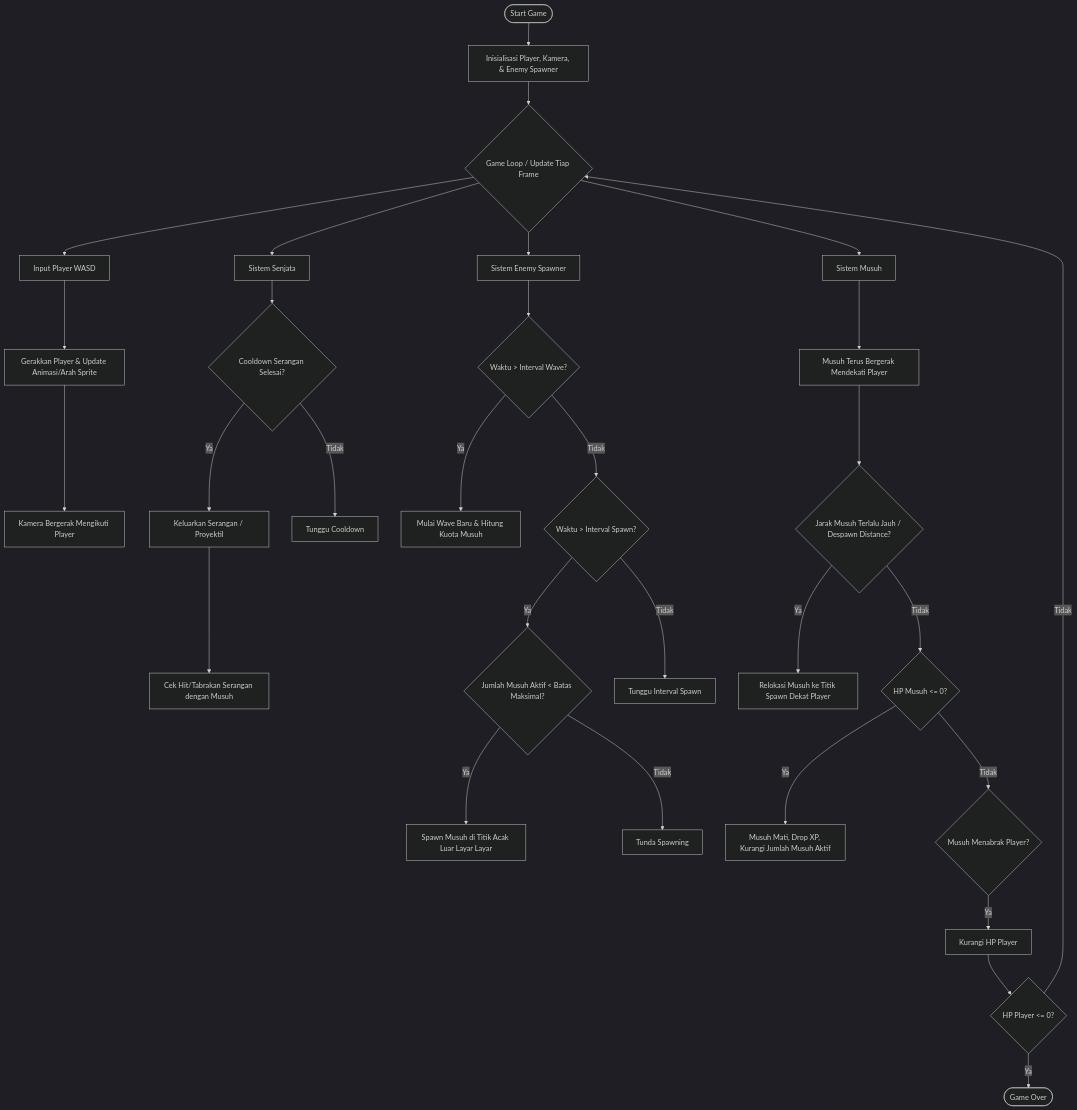
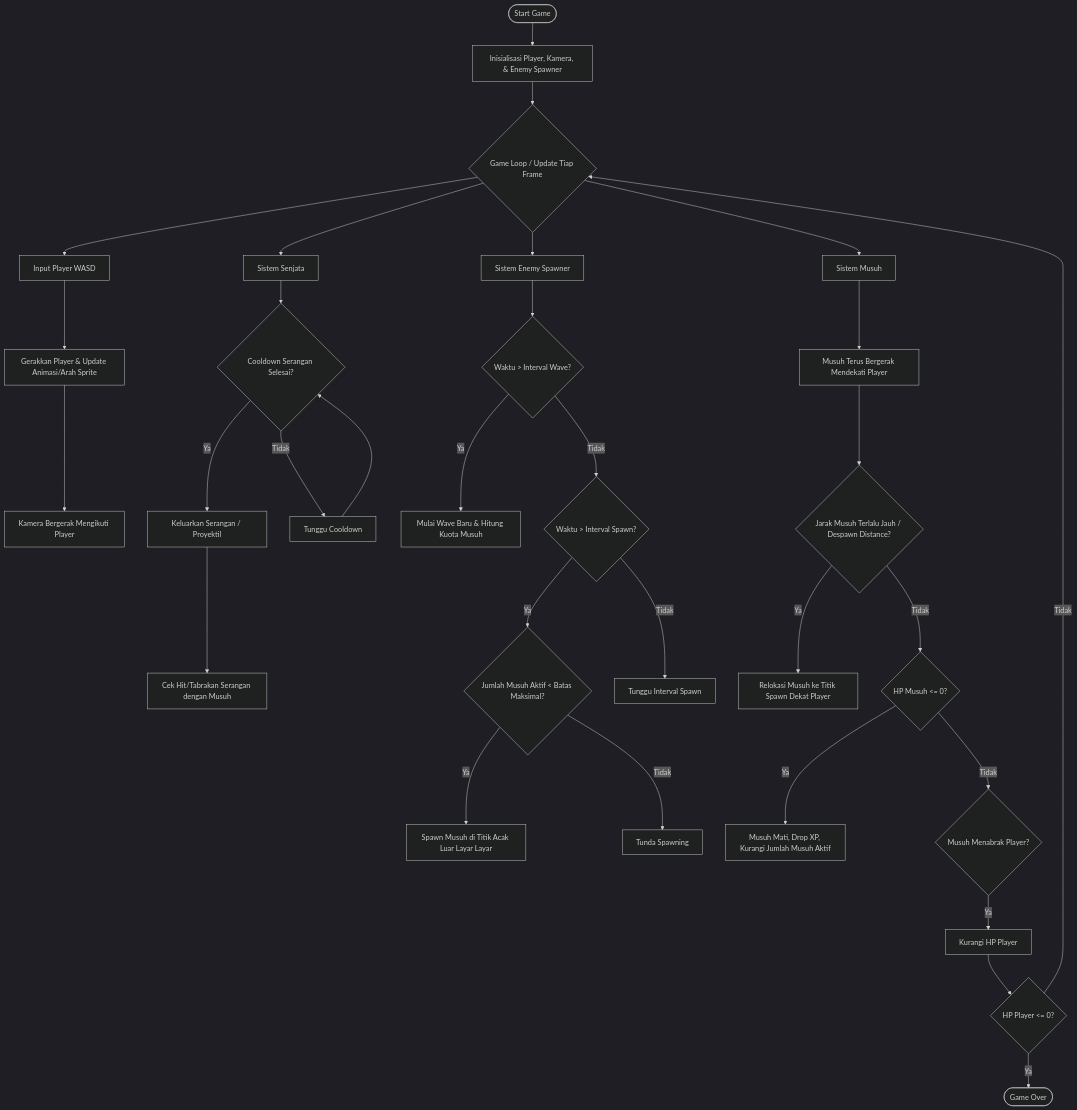
One commit to SyakirAlamsyah/ProjectMulmed-Roguelite changed the diagram in README.md. Above: the diagram before and after it, drawn with Mermaid (dark theme). The commit also changed other lines of this file, not shown here.

Commit message:
Modify README for Mermaid diagrams and formatting
Updated section header and added new lines in the Mermaid diagram.

````diff
--- a/README.md
+++ b/README.md
@@ -18,42 +18,44 @@
 ```mermaid
 graph TD
     A([Start Game]) --> B[Inisialisasi Player, Kamera, & Enemy Spawner]
     B --> C{Game Loop / Update Tiap Frame}
     
     %% Sistem Player & Kamera (Part 1)
     C --> D[Input Player WASD]
     D --> E[Gerakkan Player & Update Animasi/Arah Sprite]
     E --> F[Kamera Bergerak Mengikuti Player]
     
     %% Sistem Senjata (Part Sebelumnya)
     C --> G[Sistem Senjata]
     G --> H{Cooldown Serangan Selesai?}
     H -- Ya --> I[Keluarkan Serangan / Proyektil]
     H -- Tidak --> J[Tunggu Cooldown]
+    J --> H{Cooldown Serangan Selesai?}
+
     I --> K[Cek Hit/Tabrakan Serangan dengan Musuh]
     
     %% Sistem Spawner Musuh (Part 7)
     C --> L[Sistem Enemy Spawner]
     L --> M{Waktu > Interval Wave?}
     M -- Ya --> N[Mulai Wave Baru & Hitung Kuota Musuh]
     M -- Tidak --> O{Waktu > Interval Spawn?}
     O -- Ya --> P{Jumlah Musuh Aktif < Batas Maksimal?}
     P -- Ya --> Q[Spawn Musuh di Titik Acak Luar Layar Layar]
     P -- Tidak --> R[Tunda Spawning]
     O -- Tidak --> S[Tunggu Interval Spawn]
     
     %% Sistem Perilaku Musuh
     C --> T[Sistem Musuh]
     T --> U[Musuh Terus Bergerak Mendekati Player]
     U --> V{Jarak Musuh Terlalu Jauh / Despawn Distance?}
     V -- Ya --> W[Relokasi Musuh ke Titik Spawn Dekat Player]
     V -- Tidak --> X{HP Musuh <= 0?}
     X -- Ya --> Y[Musuh Mati, Drop XP, Kurangi Jumlah Musuh Aktif]
     X -- Tidak --> Z{Musuh Menabrak Player?}
     Z -- Ya --> AA[Kurangi HP Player]
     
     %% Game Over State
     AA --> AB{HP Player <= 0?}
     AB -- Ya --> AC([Game Over])
     AB -- Tidak --> C
 ```
````
